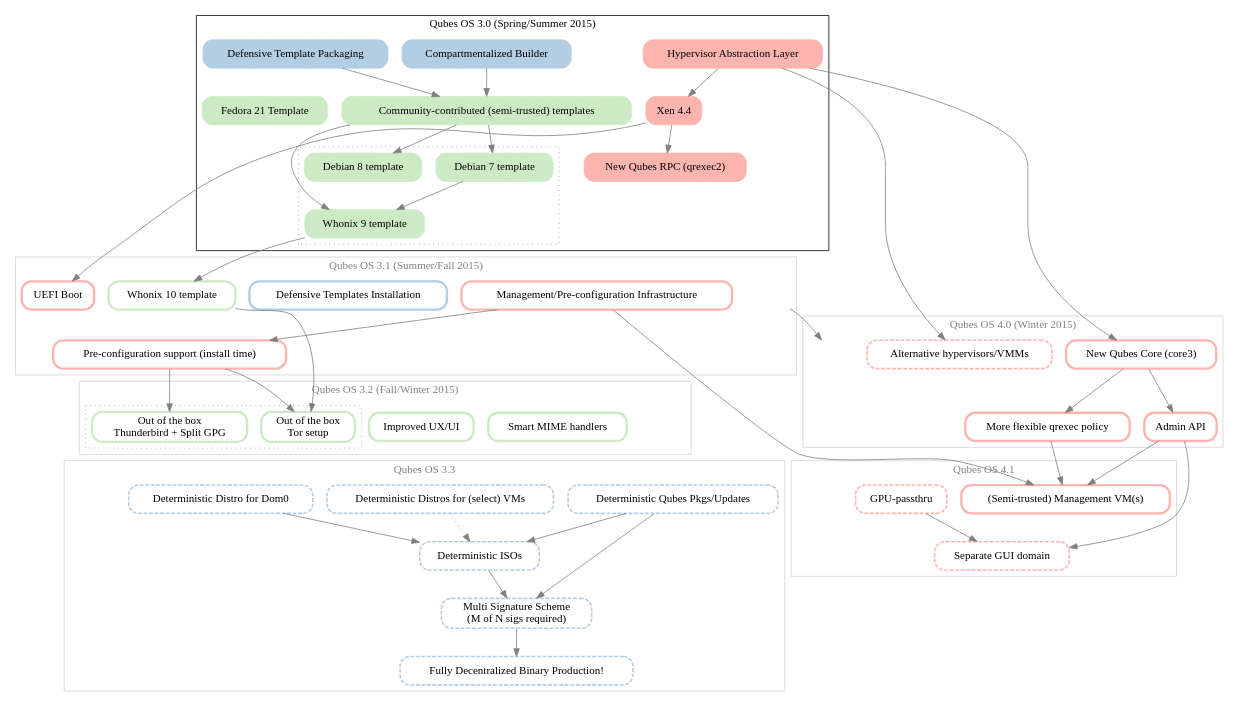
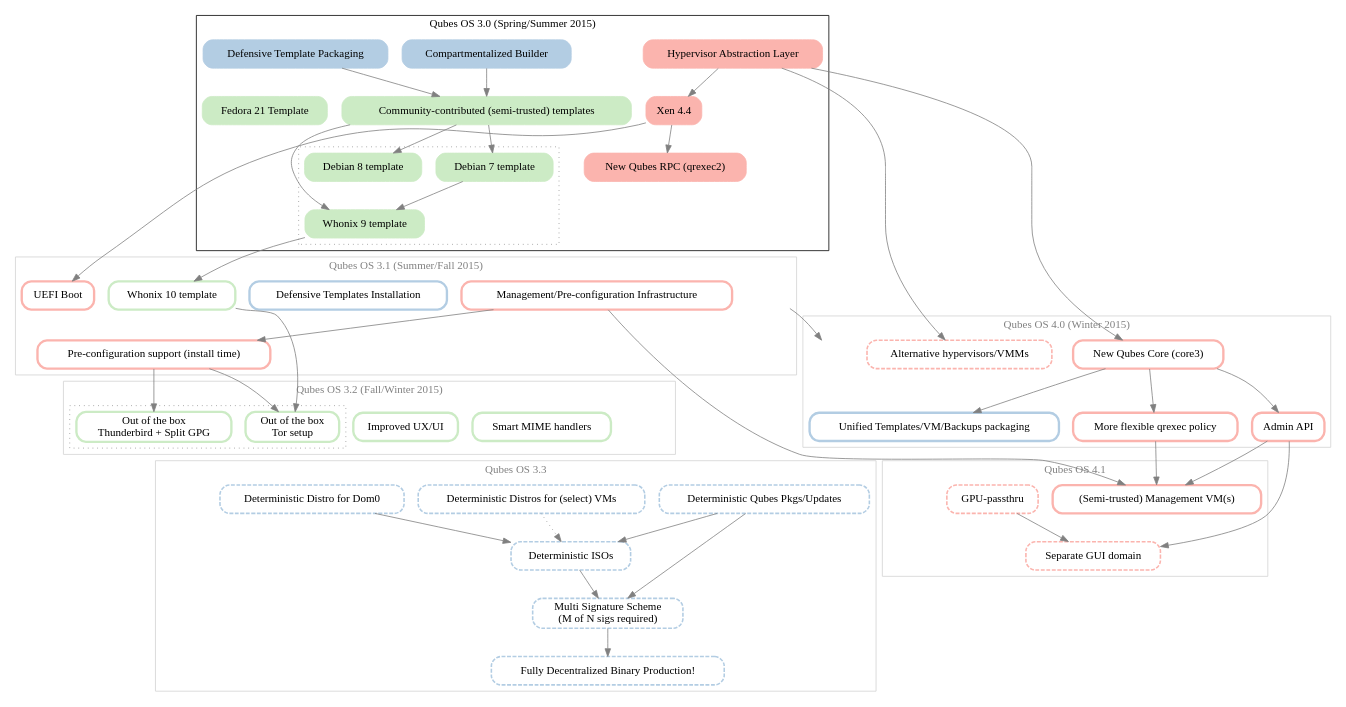
Before and after one commit to rootkovska/qubes-roadmap: the diagram in roadmap.dot, drawn with Graphviz.

Commit message:
Feature: unified Templates/VM/Backups packaging

```diff
--- a/roadmap.dot
+++ b/roadmap.dot
@@ -74,6 +74,9 @@
 
         builder_defensive_template_installation
             [label="Defensive Templates Installation"];
+
+        core_unified_vm_packaging [label="Unified Templates/VM/Backups packaging"];
+        core_coreng -> core_unified_vm_packaging;
 
         // Not-yet-fully-decided features follow...
         // ------------------------------------------
@@ -227,6 +230,7 @@
         hvisor_other;
         core_qrexec_policyng;
         core_AdminAPI;
+        core_unified_vm_packaging;
    }
 
    subgraph cluster_r4_1 {
```
